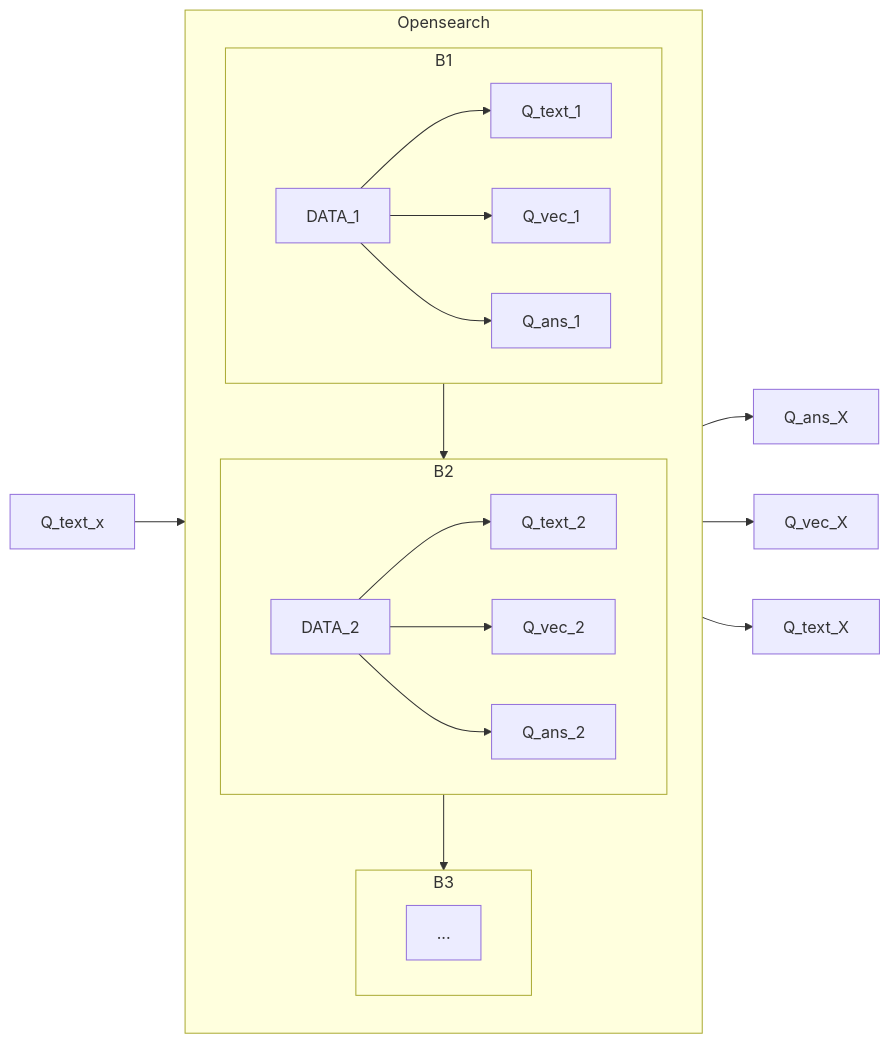
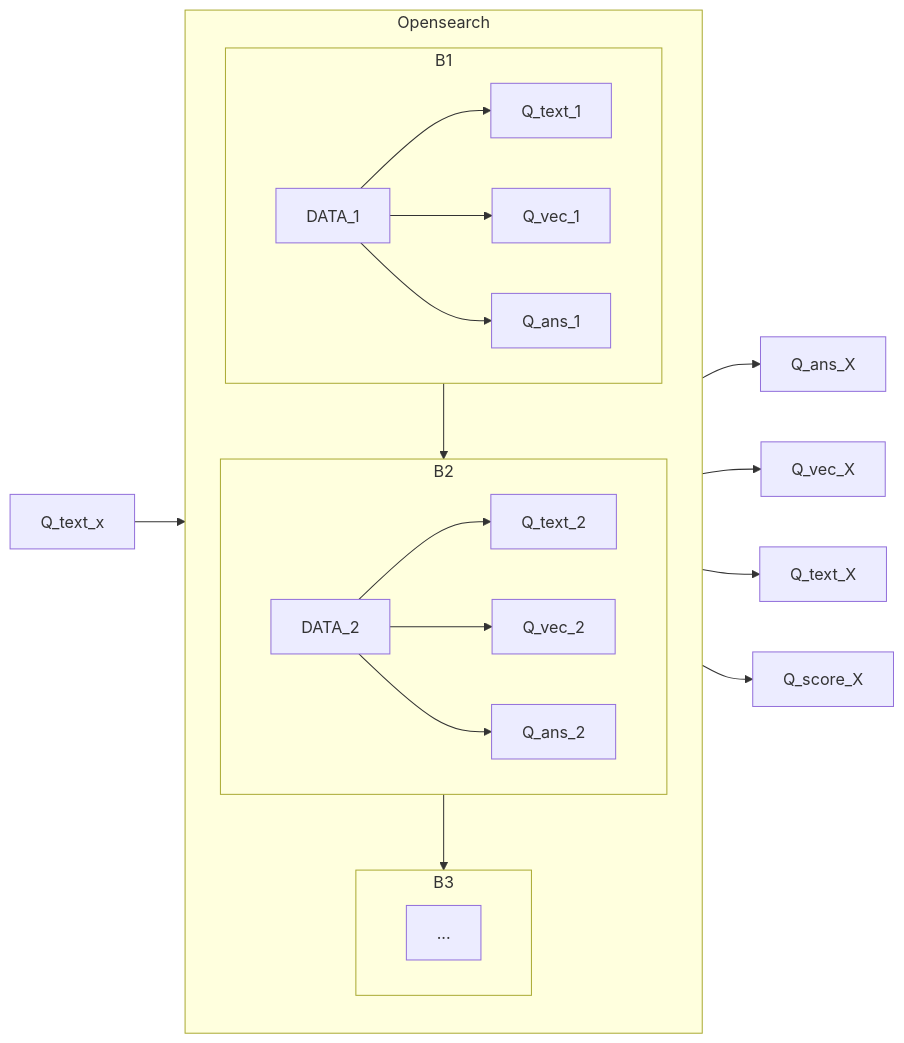
The fourth of 4 diagrams in README.md (tianrking/t_ad_help_data-1), drawn with Mermaid before and after one commit.

````diff
--- a/README.md
+++ b/README.md
@@ -37,28 +37,29 @@
 ```mermaid
 flowchart LR
   subgraph Opensearch
     direction TB
     subgraph B1
        %% direction LR
         DATA_1 --> Q_text_1
         DATA_1 --> Q_vec_1
         DATA_1 --> Q_ans_1
     end
     subgraph B2
        %% direction LR
         DATA_2 --> Q_text_2
         DATA_2 --> Q_vec_2
         DATA_2 --> Q_ans_2
     end
     subgraph B3
         ...
 
     end
   end
   Q_text_x --> Opensearch --> Q_ans_X
   Opensearch --> Q_vec_X
   Opensearch --> Q_text_X
+  Opensearch --> Q_score_X
 
   B1 --> B2
   B2 --> B3
   ```
````
